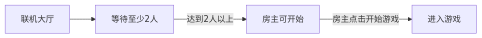
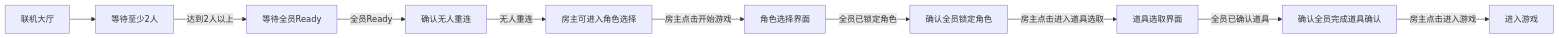
Before and after one commit to lindadalin318-crypto/Project-Ark: the third of 4 diagrams in SideProject/HandleWithPanic/界面跳转设计.md, drawn with Mermaid. The commit also changed other lines of this file and 2 other files, not shown here.

````diff
--- a/SideProject/HandleWithPanic/界面跳转设计.md
+++ b/SideProject/HandleWithPanic/界面跳转设计.md
@@ -403,11 +814,23 @@
 ```mermaid
 flowchart LR
     lobbyState[联机大厅]
     waitPlayers[等待至少2人]
-    hostCanStart[房主可开始]
+    waitReady[等待全员Ready]
+    reconnectCheck[确认无人重连]
+    hostCanStart[房主可进入角色选择]
+    roleSelectState[角色选择界面]
+    roleLockCheck[确认全员锁定角色]
+    itemSelectState[道具选取界面]
+    itemConfirmCheck[确认全员完成道具确认]
     gameLoading[进入游戏]
 
     lobbyState --> waitPlayers
-    waitPlayers -->|达到2人以上| hostCanStart
-    hostCanStart -->|房主点击开始游戏| gameLoading
+    waitPlayers -->|达到2人以上| waitReady
+    waitReady -->|全员Ready| reconnectCheck
+    reconnectCheck -->|无人重连| hostCanStart
+    hostCanStart -->|房主点击开始游戏| roleSelectState
+    roleSelectState -->|全员已锁定角色| roleLockCheck
+    roleLockCheck -->|房主点击进入道具选取| itemSelectState
+    itemSelectState -->|全员已确认道具| itemConfirmCheck
+    itemConfirmCheck -->|房主点击进入游戏| gameLoading
 ```
````
